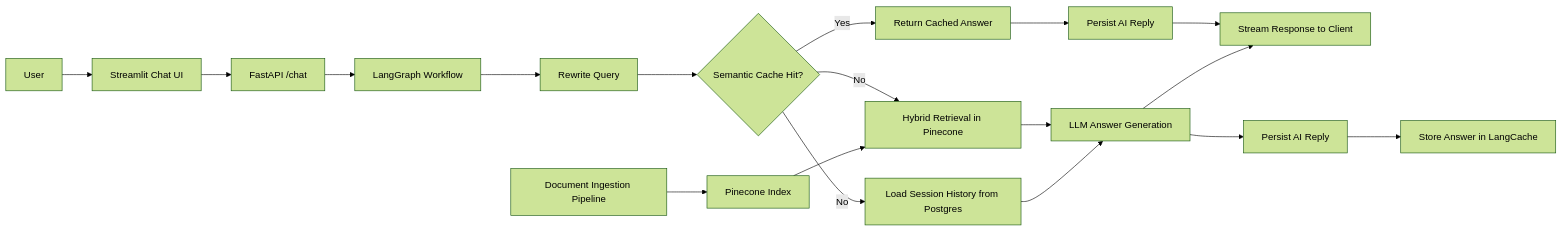
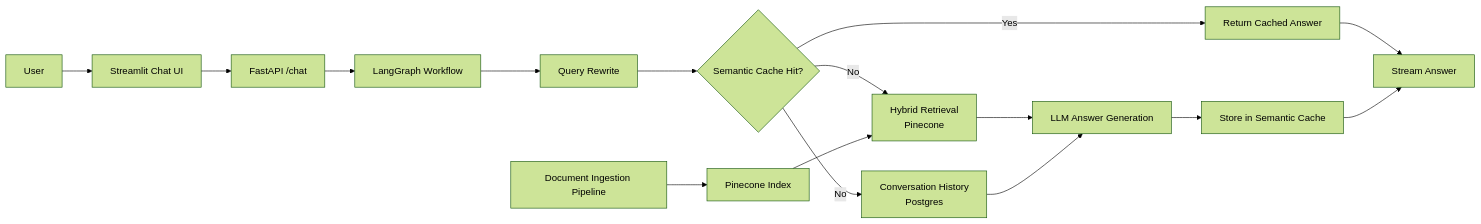
One commit to midhunln9/RAG-with-Semantic-caching-Financial-Compliance changed the first of 3 diagrams in README.md. Above: the diagram before and after it, drawn with Mermaid (forest theme). The commit also changed other lines of this file, not shown here.

````diff
--- a/README.md
+++ b/README.md
@@ -63,24 +5,22 @@
 ```mermaid
 flowchart LR
     U["User"] --> UI["Streamlit Chat UI"]
     UI --> API["FastAPI /chat"]
     API --> LG["LangGraph Workflow"]
 
-    LG --> RW["Rewrite Query"]
+    LG --> RW["Query Rewrite"]
     RW --> CACHE{"Semantic Cache Hit?"}
 
     CACHE -- Yes --> HIT["Return Cached Answer"]
-    HIT --> DBW["Persist AI Reply"]
-    DBW --> RESP["Stream Response to Client"]
+    HIT --> RESP["Stream Answer"]
 
-    CACHE -- No --> RET["Hybrid Retrieval in Pinecone"]
-    CACHE -- No --> MEM["Load Session History from Postgres"]
+    CACHE -- No --> RET["Hybrid Retrieval<br/>Pinecone"]
+    CACHE -- No --> MEM["Conversation History<br/>Postgres"]
     RET --> LLM["LLM Answer Generation"]
     MEM --> LLM
-    LLM --> RESP
-    LLM --> SAVE["Persist AI Reply"]
-    SAVE --> STORE["Store Answer in LangCache"]
+    LLM --> STORE["Store in Semantic Cache"]
+    STORE --> RESP
 
-    SUB["Document Ingestion Pipeline"] --> PC["Pinecone Index"]
-    PC --> RET
+    INGEST["Document Ingestion Pipeline"] --> PINE["Pinecone Index"]
+    PINE --> RET
 ```
````
